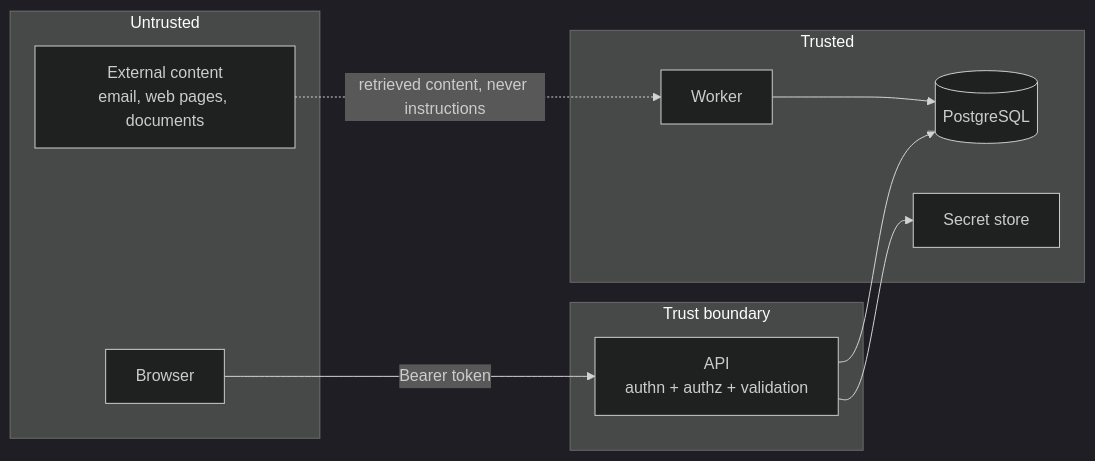
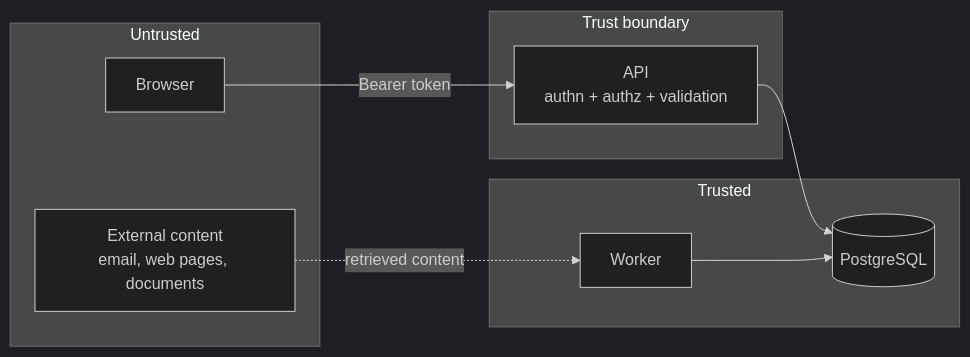
The diagram in docs/security/SECURITY.md (Abhishekpan731/Jarvis), drawn with Mermaid (dark theme) before and after one commit. The commit also changed other lines of this file and 13 other files, not shown here.

````diff
--- a/docs/security/SECURITY.md
+++ b/docs/security/SECURITY.md
@@ -11,21 +11,19 @@
 ```mermaid
 flowchart LR
     subgraph untrusted ["Untrusted"]
         browser["Browser"]
         ext["External content<br/>email, web pages, documents"]
     end
     subgraph boundary ["Trust boundary"]
         api["API<br/>authn + authz + validation"]
     end
     subgraph trusted ["Trusted"]
         db[("PostgreSQL")]
-        secrets["Secret store"]
         worker["Worker"]
     end
 
     browser -->|Bearer token| api
-    ext -.->|retrieved content, never instructions| worker
+    ext -.->|retrieved content| worker
     api --> db
-    api --> secrets
     worker --> db
 ```
````
